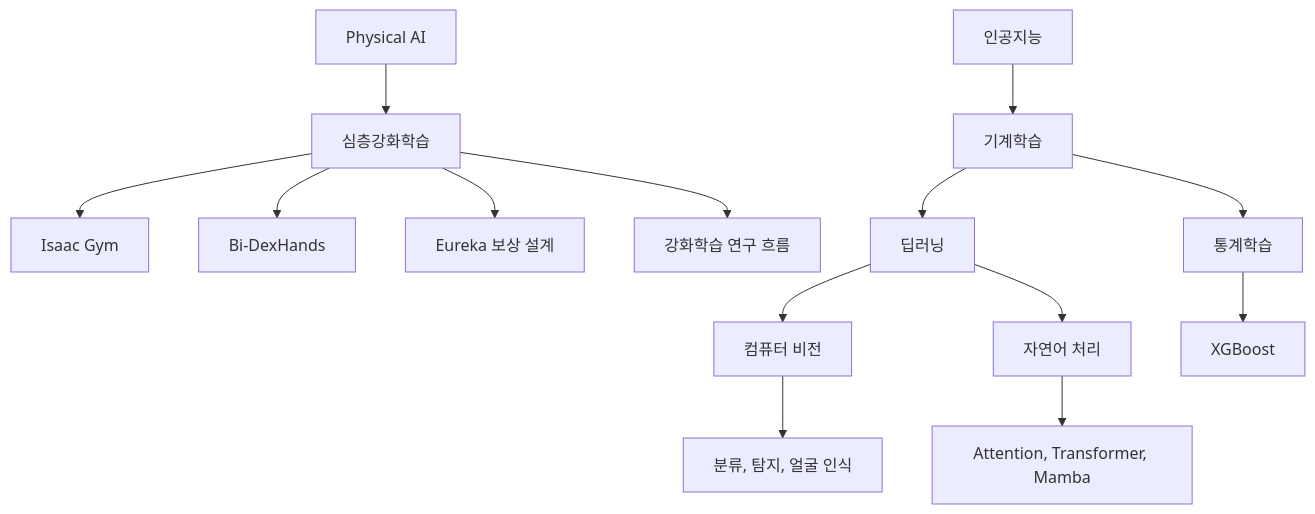
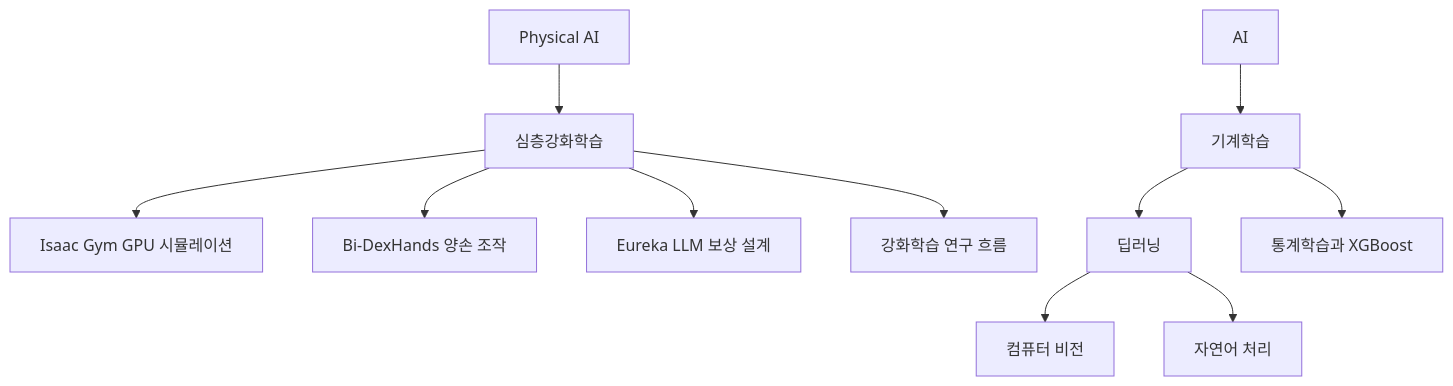
The diagram in ComputerScience/03_ai-ml-data/generative-ai-fine-tuning/notes/72. 강화학습과 생성 설계의 기초.md (umyunsang/edu), drawn with Mermaid before and after one commit. The commit also changed other lines of this file and 5 other files, not shown here.

````diff
--- a/ComputerScience/03_ai-ml-data/generative-ai-fine-tuning/notes/72. 강화학습과 생성 설계의 기초.md
+++ b/ComputerScience/03_ai-ml-data/generative-ai-fine-tuning/notes/72. 강화학습과 생성 설계의 기초.md
@@ -27,16 +29,13 @@
 ```mermaid
 flowchart TB
     A["Physical AI"] --> B["심층강화학습"]
-    B --> C["Isaac Gym"]
-    B --> D["Bi-DexHands"]
-    B --> E["Eureka 보상 설계"]
+    B --> C["Isaac Gym GPU 시뮬레이션"]
+    B --> D["Bi-DexHands 양손 조작"]
+    B --> E["Eureka LLM 보상 설계"]
     B --> F["강화학습 연구 흐름"]
-    G["인공지능"] --> H["기계학습"]
+    G["AI"] --> H["기계학습"]
     H --> I["딥러닝"]
     I --> J["컴퓨터 비전"]
     I --> K["자연어 처리"]
-    H --> L["통계학습"]
-    L --> M["XGBoost"]
-    J --> N["분류, 탐지, 얼굴 인식"]
-    K --> O["Attention, Transformer, Mamba"]
+    H --> L["통계학습과 XGBoost"]
 ```
````
